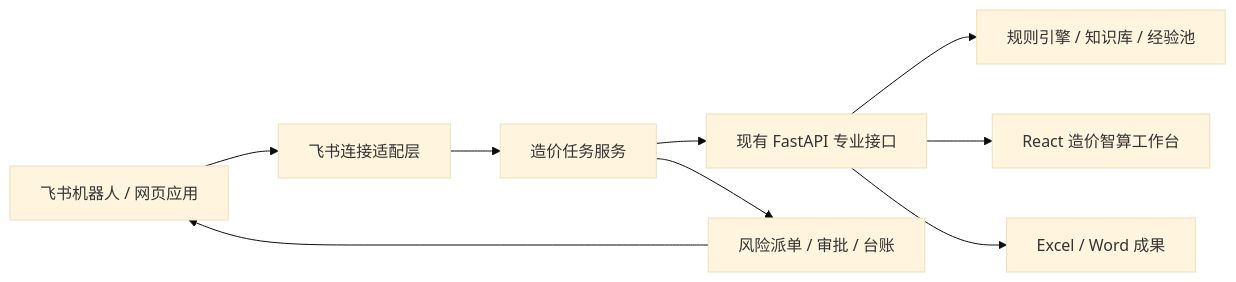
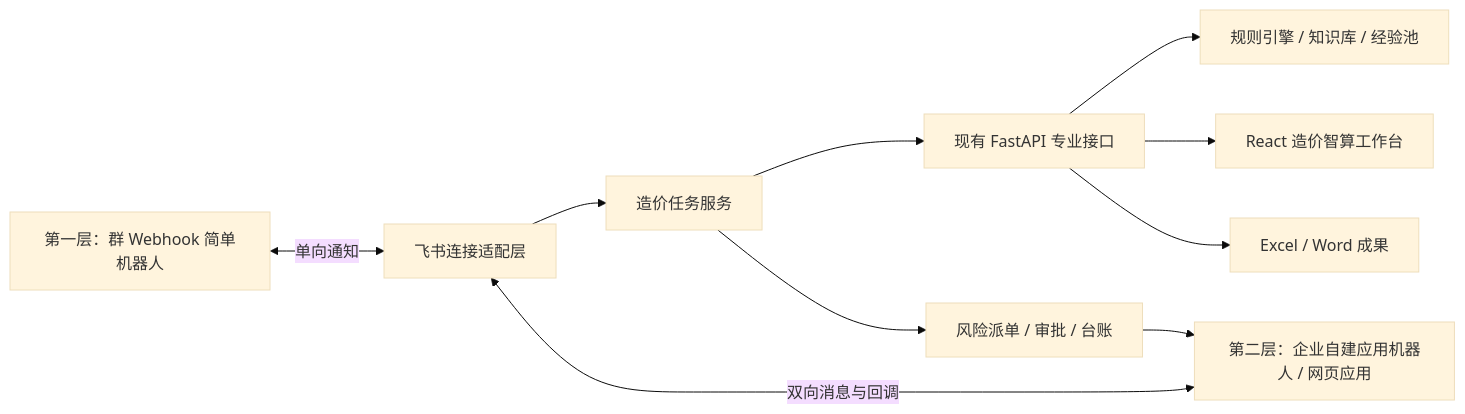
Before and after one commit to zgzzmnbx/zaojia-zhisuan: the diagram in 00-PRD/01-模块PRD/13-飞书连接的场景智能体/PRD.md, drawn with Mermaid (base theme). The commit also changed other lines of this file and 5 other files, not shown here.

````diff
--- a/00-PRD/01-模块PRD/13-飞书连接的场景智能体/PRD.md
+++ b/00-PRD/01-模块PRD/13-飞书连接的场景智能体/PRD.md
@@ -195,11 +204,12 @@
 ```mermaid
 flowchart LR
-    A["飞书机器人 / 网页应用"] --> B["飞书连接适配层"]
+    A["第一层：群 Webhook 简单机器人"] <-->|"单向通知"| B["飞书连接适配层"]
+    I["第二层：企业自建应用机器人 / 网页应用"] <-->|"双向消息与回调"| B
     B --> C["造价任务服务"]
     C --> D["现有 FastAPI 专业接口"]
     D --> E["规则引擎 / 知识库 / 经验池"]
     D --> F["React 造价智算工作台"]
     D --> G["Excel / Word 成果"]
     C --> H["风险派单 / 审批 / 台账"]
-    H --> A
+    H --> I
 ```
````
